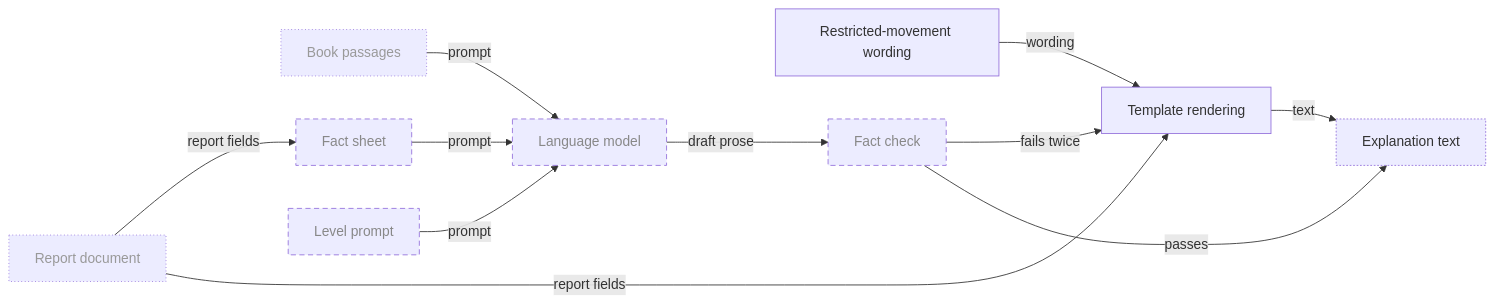
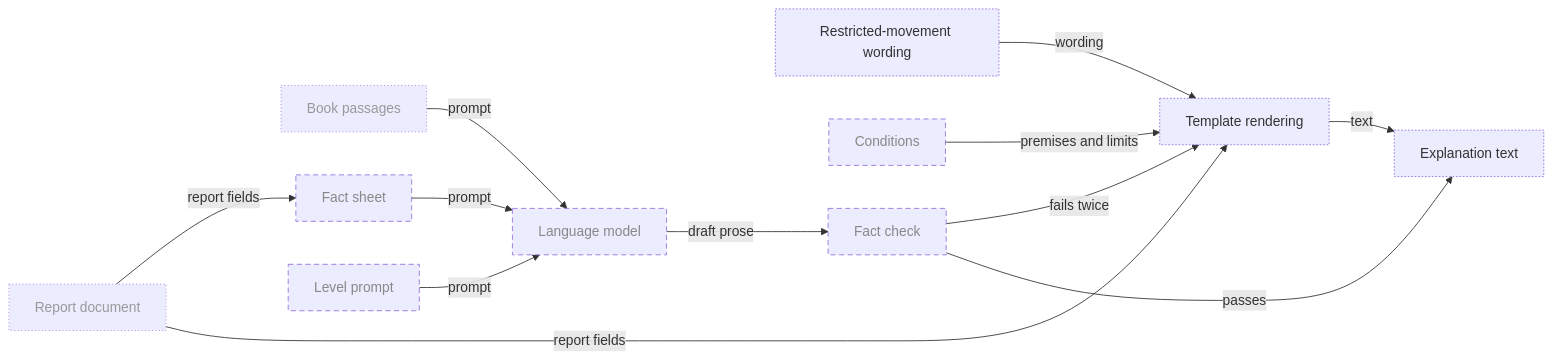
Before and after one commit to aurja/ChessWhy: diagram 11 of 21 in Planning/DBC/CONCEPTS.md, drawn with Mermaid. The commit also changed other lines of this file and 5 other files, not shown here.

````diff
--- a/Planning/DBC/CONCEPTS.md
+++ b/Planning/DBC/CONCEPTS.md
@@ -465,25 +481,27 @@
 ```mermaid
 flowchart LR
     ReportDocument["Report document"]
     BookPassages["Book passages"]
     RestrictedMovement["Restricted-movement wording"]
+    Conditions["Conditions"]
     TemplateRendering["Template rendering"]
     FactSheet["Fact sheet"]
     LevelPrompt["Level prompt"]
     LanguageModel["Language model"]
     FactCheck["Fact check"]
     ExplanationText["Explanation text"]
     ReportDocument -->|report fields| TemplateRendering & FactSheet
     RestrictedMovement -->|wording| TemplateRendering
+    Conditions -->|premises and limits| TemplateRendering
     FactSheet & LevelPrompt & BookPassages -->|prompt| LanguageModel
     LanguageModel -->|draft prose| FactCheck
     FactCheck -->|passes| ExplanationText
     FactCheck -->|fails twice| TemplateRendering
     TemplateRendering -->|text| ExplanationText
     classDef planned stroke-dasharray:6 4,color:#888
     classDef partial stroke-dasharray:2 2
     classDef external stroke-dasharray:1 3,color:#999
     class ReportDocument,BookPassages external
-    class FactSheet,LevelPrompt,LanguageModel,FactCheck planned
-    class ExplanationText partial
+    class FactSheet,LevelPrompt,LanguageModel,FactCheck,Conditions planned
+    class ExplanationText,RestrictedMovement,TemplateRendering partial
 ```
````
